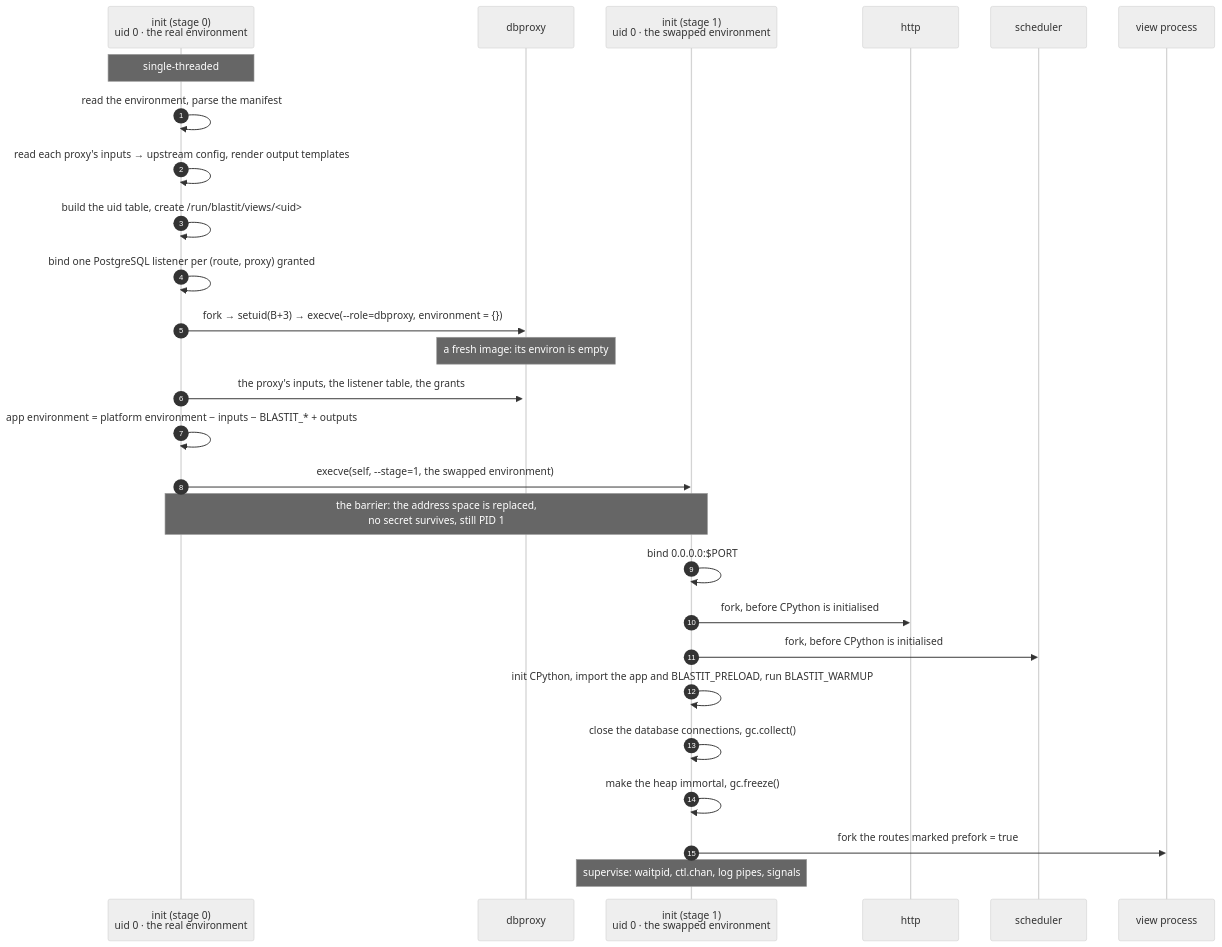
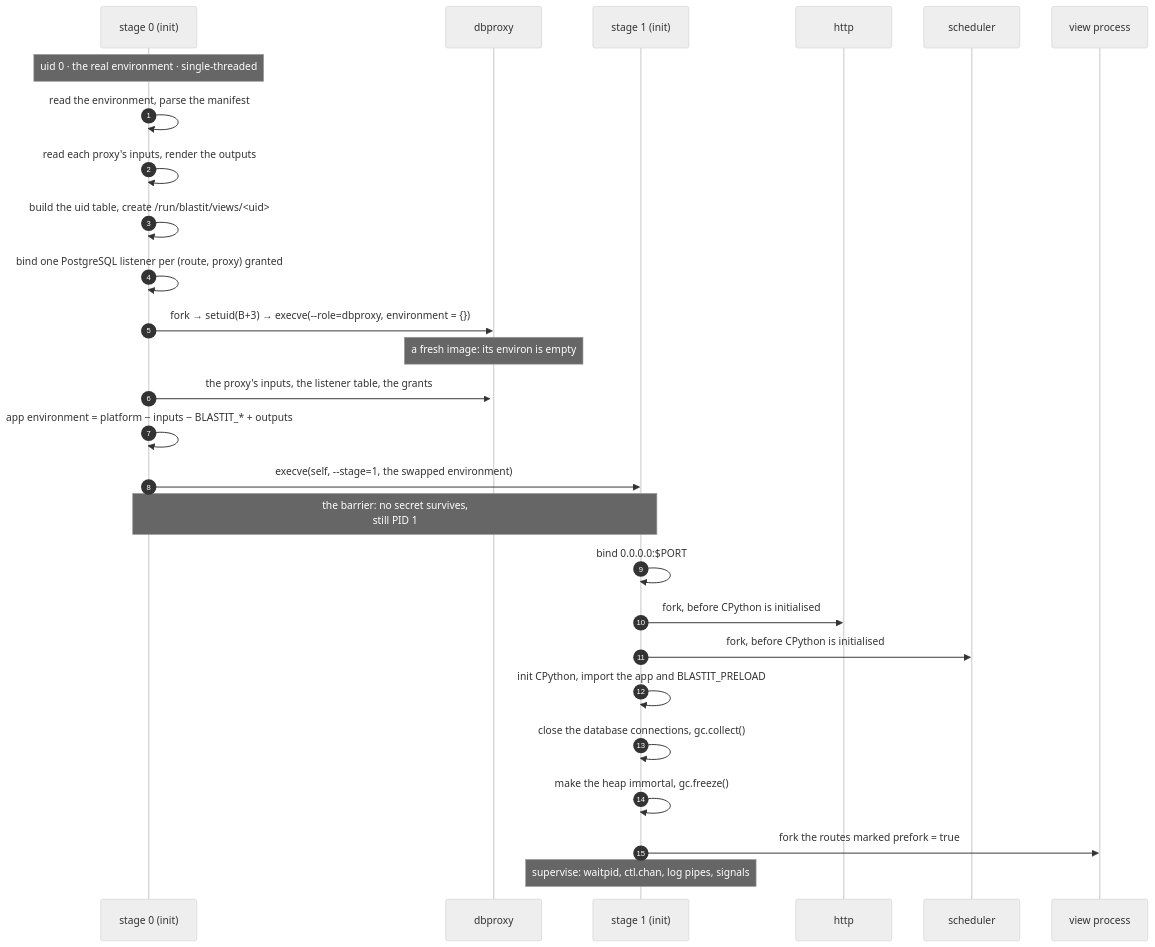
One commit to OffworldNexus/blastit changed the third of 3 diagrams in docs/how-it-works.md. Above: the diagram before and after it, drawn with Mermaid (neutral theme). The commit also changed 1 other file, not shown here.

Commit message:
E2: an icon that exists, and a sequence diagram that fits

````diff
--- a/docs/how-it-works.md
+++ b/docs/how-it-works.md
@@ -146,31 +146,31 @@
 ```mermaid
 sequenceDiagram
     autonumber
-    participant I0 as init (stage 0)<br/>uid 0 · the real environment
+    participant I0 as stage 0 (init)
     participant D as dbproxy
-    participant I1 as init (stage 1)<br/>uid 0 · the swapped environment
+    participant I1 as stage 1 (init)
     participant H as http
     participant S as scheduler
     participant V as view process
 
-    Note over I0: single-threaded
+    Note over I0: uid 0 · the real environment · single-threaded
     I0->>I0: read the environment, parse the manifest
-    I0->>I0: read each proxy's inputs → upstream config, render output templates
+    I0->>I0: read each proxy's inputs, render the outputs
     I0->>I0: build the uid table, create /run/blastit/views/<uid>
     I0->>I0: bind one PostgreSQL listener per (route, proxy) granted
     I0->>D: fork → setuid(B+3) → execve(--role=dbproxy, environment = {})
     activate D
     Note over D: a fresh image: its environ is empty
     I0->>D: the proxy's inputs, the listener table, the grants
-    I0->>I0: app environment = platform environment − inputs − BLASTIT_* + outputs
+    I0->>I0: app environment = platform − inputs − BLASTIT_* + outputs
     I0->>I1: execve(self, --stage=1, the swapped environment)
-    Note over I0,I1: the barrier: the address space is replaced,<br/>no secret survives, still PID 1
+    Note over I0,I1: the barrier: no secret survives,<br/>still PID 1
     I1->>I1: bind 0.0.0.0:$PORT
     I1->>H: fork, before CPython is initialised
     I1->>S: fork, before CPython is initialised
-    I1->>I1: init CPython, import the app and BLASTIT_PRELOAD, run BLASTIT_WARMUP
+    I1->>I1: init CPython, import the app and BLASTIT_PRELOAD
     I1->>I1: close the database connections, gc.collect()
     I1->>I1: make the heap immortal, gc.freeze()
     I1->>V: fork the routes marked prefork = true
     Note over I1: supervise: waitpid, ctl.chan, log pipes, signals
 ```
````
